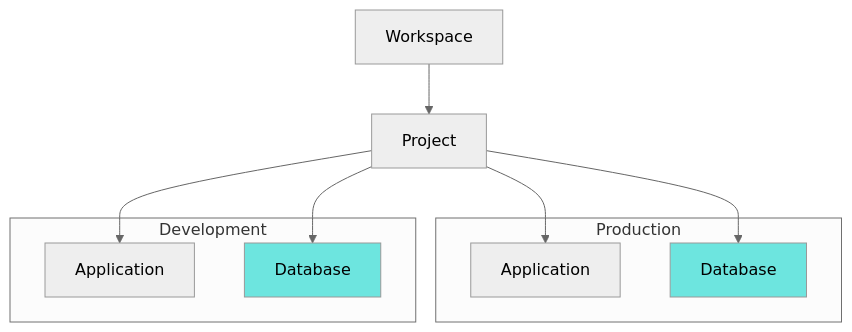
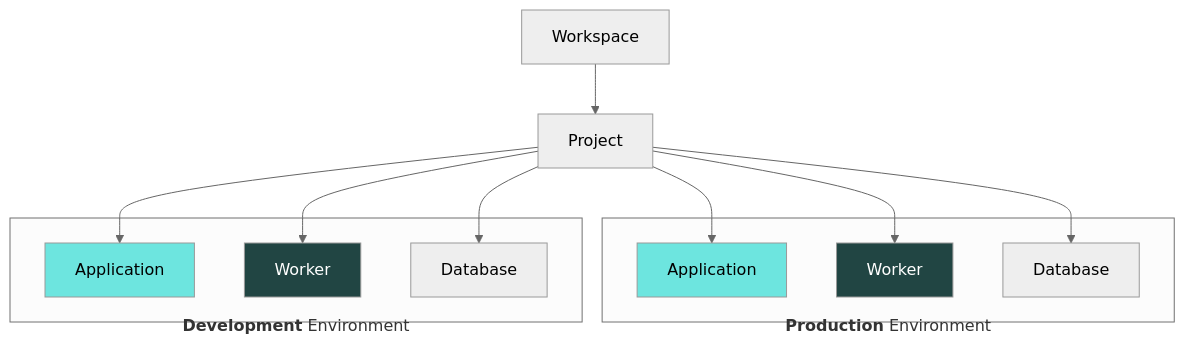
One commit to fl0zone/fl0-docs changed the diagram in docs/platform/databases.md. Above: the diagram before and after it, drawn with Mermaid (neutral theme). The commit also changed 6 other files, not shown here.

First line of the commit message:
Add documentation on Workers & link platform diagrams to other sections (#36)

````diff
--- a/docs/platform/databases.md
+++ b/docs/platform/databases.md
@@ -7,21 +7,32 @@
 ```mermaid
 flowchart
     workspace1[Workspace]
     project1[Project]
     workspace1 --> project1
     project1 --> app1
+    project1 --> worker1
     project1 --> db1
     project1 --> app2
+    project1 --> worker2
     project1 --> db2
-    subgraph prod [Production]
+    subgraph prod [<br/><br/><br/><br/><b>Production</b> Environment<br/>]
         class prod cssClass
         app2[Application]
+        worker2[Worker]
         db2[Database]
     end
-    subgraph dev [Development]
+    subgraph dev [<br/><br/><br/><br/><b>Development</b> Environment]
         app1[Application]
+        worker1[Worker]
         db1[Database]
     end
-    classDef highlight fill:#6de5df,color:#000;
-    class db1,db2 highlight;
+    classDef highlight-app fill:#6de5df,color:#000;
+    classDef highlight-worker fill:#214543,color:#fff;
+    class app1,app2 highlight-app;
+    class worker1,worker2 highlight-worker;
+    click workspace1 "/docs/platform/workspaces"
+    click project1 "/docs/platform/projects"
+    click app1,app2 "/docs/platform/applications"
+    click worker1,worker2 "/docs/platform/applications"
+    %% click db1,db2 "/docs/platform/databases"
 ```
````
